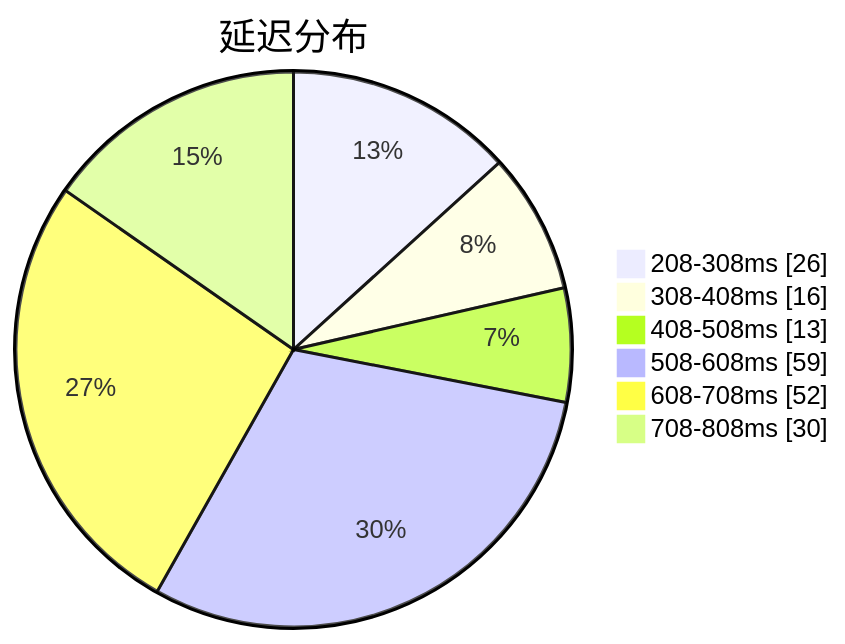
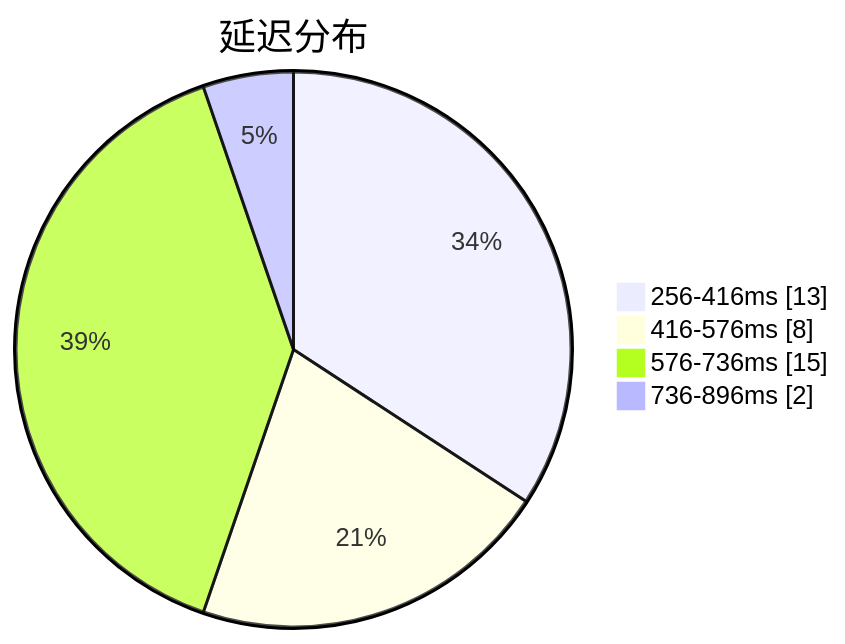
Before and after one commit to qjlxg/airport: the first of 3 diagrams in subs/statistics/tested_within.md, drawn with Mermaid. The commit also changed other lines of this file and 2 other files, not shown here.

````diff
--- a/subs/statistics/tested_within.md
+++ b/subs/statistics/tested_within.md
@@ -2,10 +2,8 @@
 ```mermaid
 pie showData
 title 延迟分布
-"208-308ms" : 26
-"308-408ms" : 16
-"408-508ms" : 13
-"508-608ms" : 59
-"608-708ms" : 52
-"708-808ms" : 30
+"256-416ms" : 13
+"416-576ms" : 8
+"576-736ms" : 15
+"736-896ms" : 2
 ```
````
